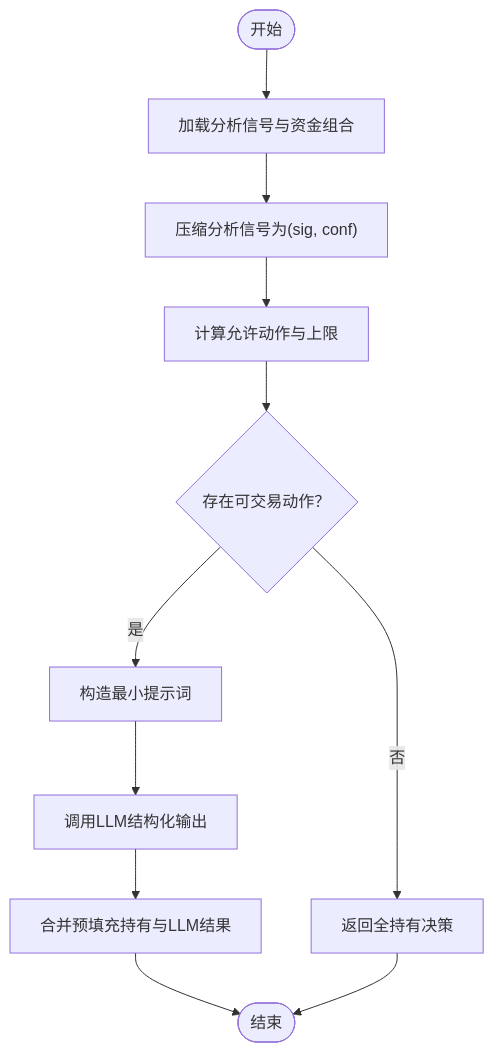
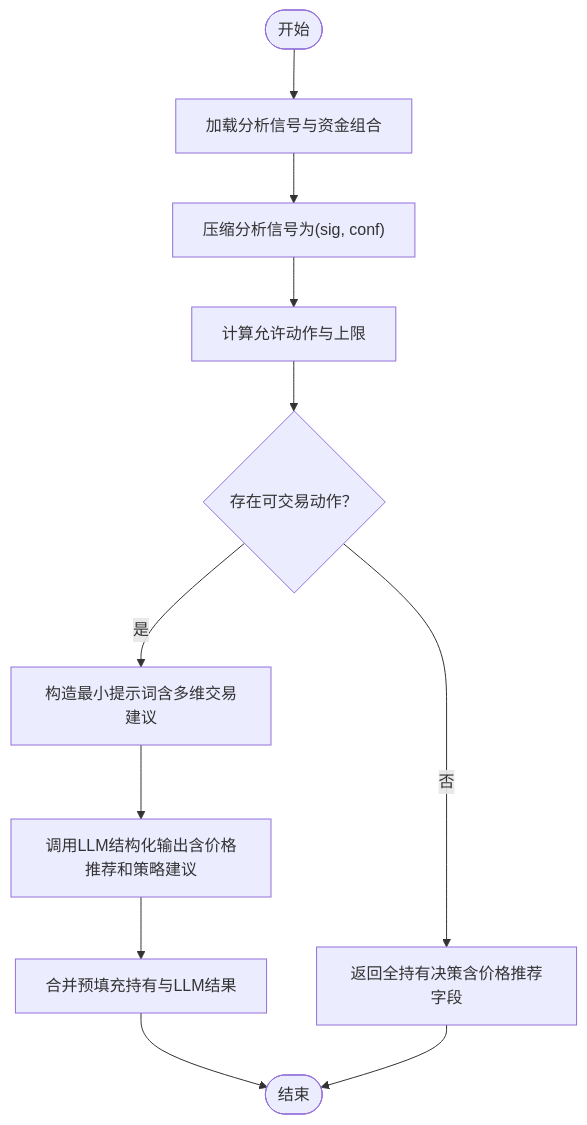
Before and after one commit to lichen14-hash/ai-hedge-fund: the fourth of 7 diagrams in .qoder/repowiki/zh/content/多智能体系统/组合管理智能体.md, drawn with Mermaid. The commit also changed other lines of this file and 24 other files, not shown here.

````diff
--- a/.qoder/repowiki/zh/content/多智能体系统/组合管理智能体.md
+++ b/.qoder/repowiki/zh/content/多智能体系统/组合管理智能体.md
@@ -145,13 +179,13 @@
 ```mermaid
 flowchart TD
 Start(["开始"]) --> Load["加载分析信号与资金组合"]
 Load --> Compact["压缩分析信号为(sig, conf)"]
 Compact --> Allowed["计算允许动作与上限"]
 Allowed --> Prefill{"存在可交易动作？"}
-Prefill --> |否| ReturnPrefill["返回全持有决策"]
-Prefill --> |是| Prompt["构造最小提示词"]
-Prompt --> CallLLM["调用LLM结构化输出"]
+Prefill --> |否| ReturnPrefill["返回全持有决策含价格推荐字段"]
+Prefill --> |是| Prompt["构造最小提示词含多维交易建议"]
+Prompt --> CallLLM["调用LLM结构化输出含价格推荐和策略建议"]
 CallLLM --> Merge["合并预填充持有与LLM结果"]
 Merge --> End(["结束"])
 ReturnPrefill --> End
 ```
````
